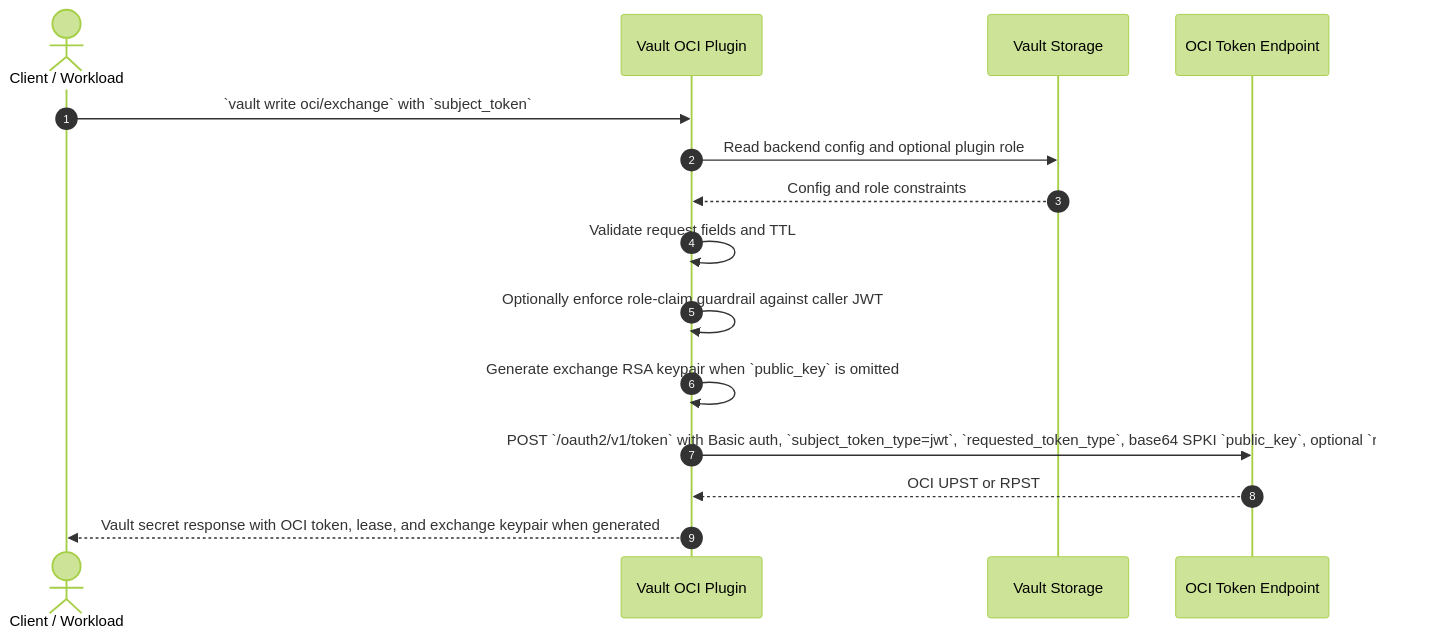
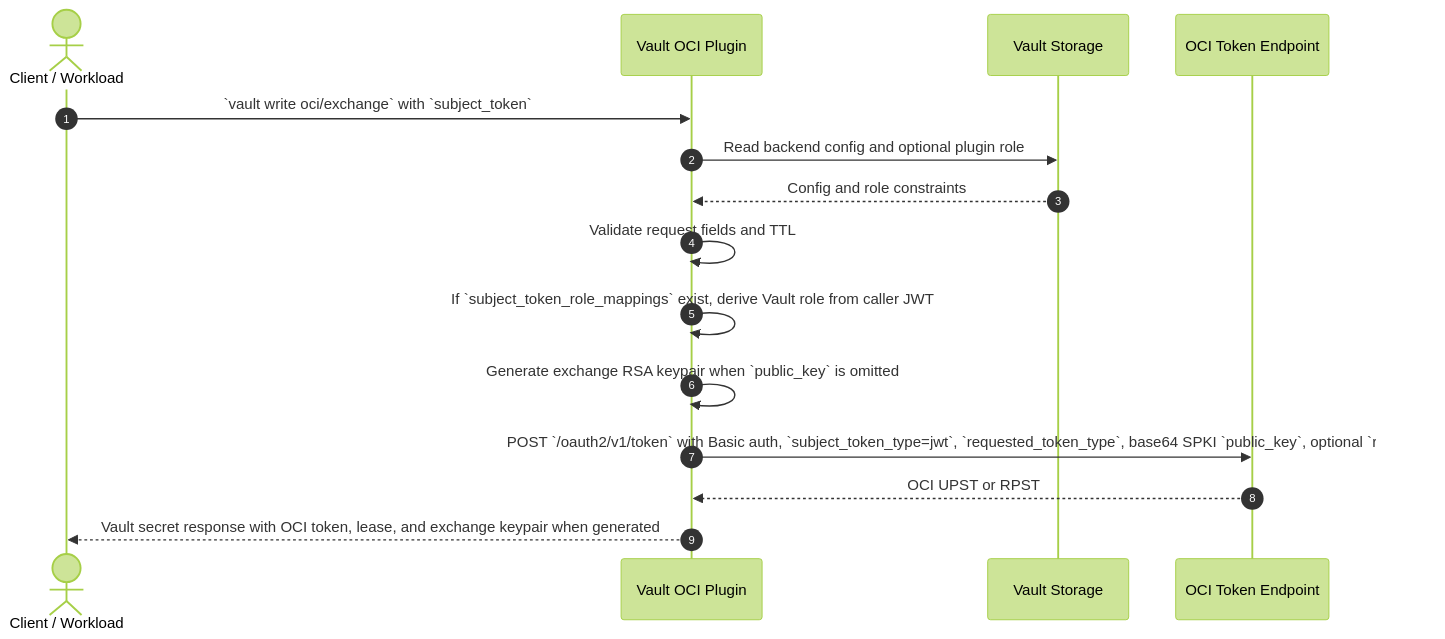
Before and after one commit to gtrevorrow/Hashicorp-OCI-credential-engine: the diagram in docs/sequence-diagrams/01-caller-supplied-subject-token.mmd, drawn with Mermaid (forest theme). The commit also changed 2 other files, not shown here.

Commit message:
docs(diagrams): align auth flow diagrams

```diff
--- a/docs/sequence-diagrams/01-caller-supplied-subject-token.mmd
+++ b/docs/sequence-diagrams/01-caller-supplied-subject-token.mmd
@@ -1,16 +1,16 @@
 sequenceDiagram
     autonumber
     actor C as Client / Workload
     participant V as Vault OCI Plugin
     participant S as Vault Storage
     participant O as OCI Token Endpoint
 
     C->>V: `vault write oci/exchange` with `subject_token`
     V->>S: Read backend config and optional plugin role
     S-->>V: Config and role constraints
     V->>V: Validate request fields and TTL
-    V->>V: Optionally enforce role-claim guardrail against caller JWT
+    V->>V: If `subject_token_role_mappings` exist, derive Vault role from caller JWT
     V->>V: Generate exchange RSA keypair when `public_key` is omitted
     V->>O: POST `/oauth2/v1/token` with Basic auth, `subject_token_type=jwt`, `requested_token_type`, base64 SPKI `public_key`, optional `res_type`
     O-->>V: OCI UPST or RPST
     V-->>C: Vault secret response with OCI token, lease, and exchange keypair when generated
```
